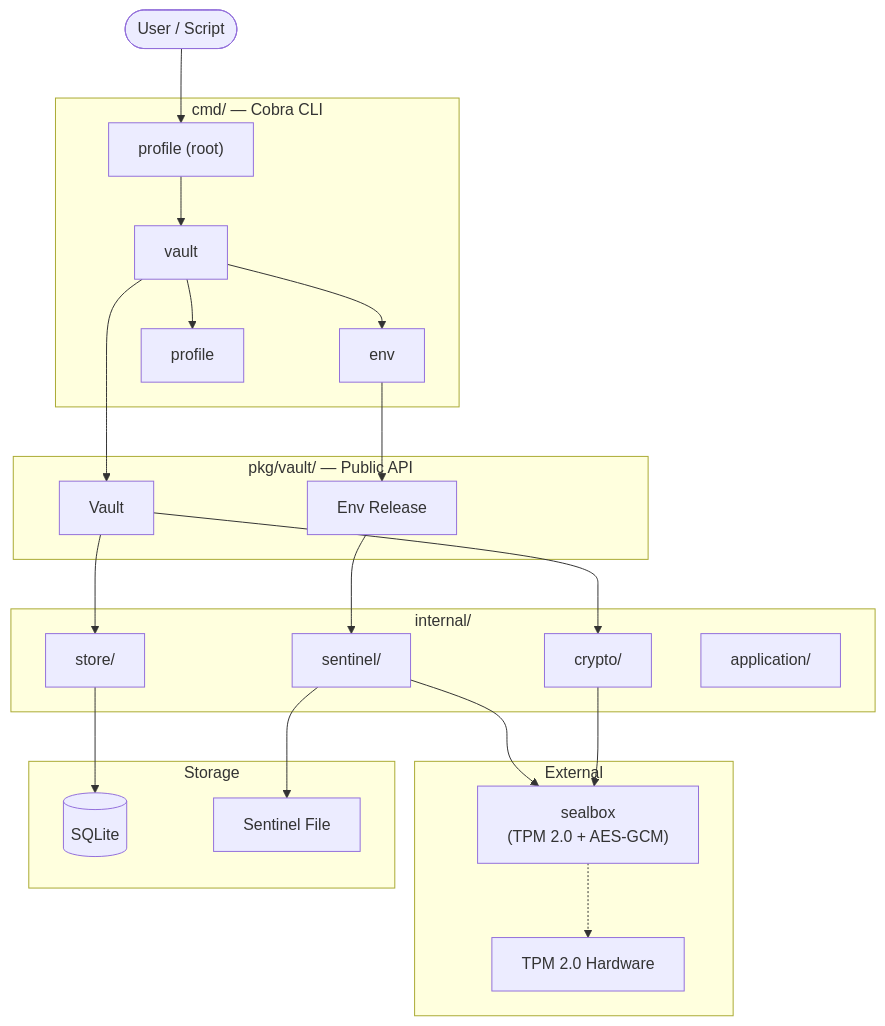
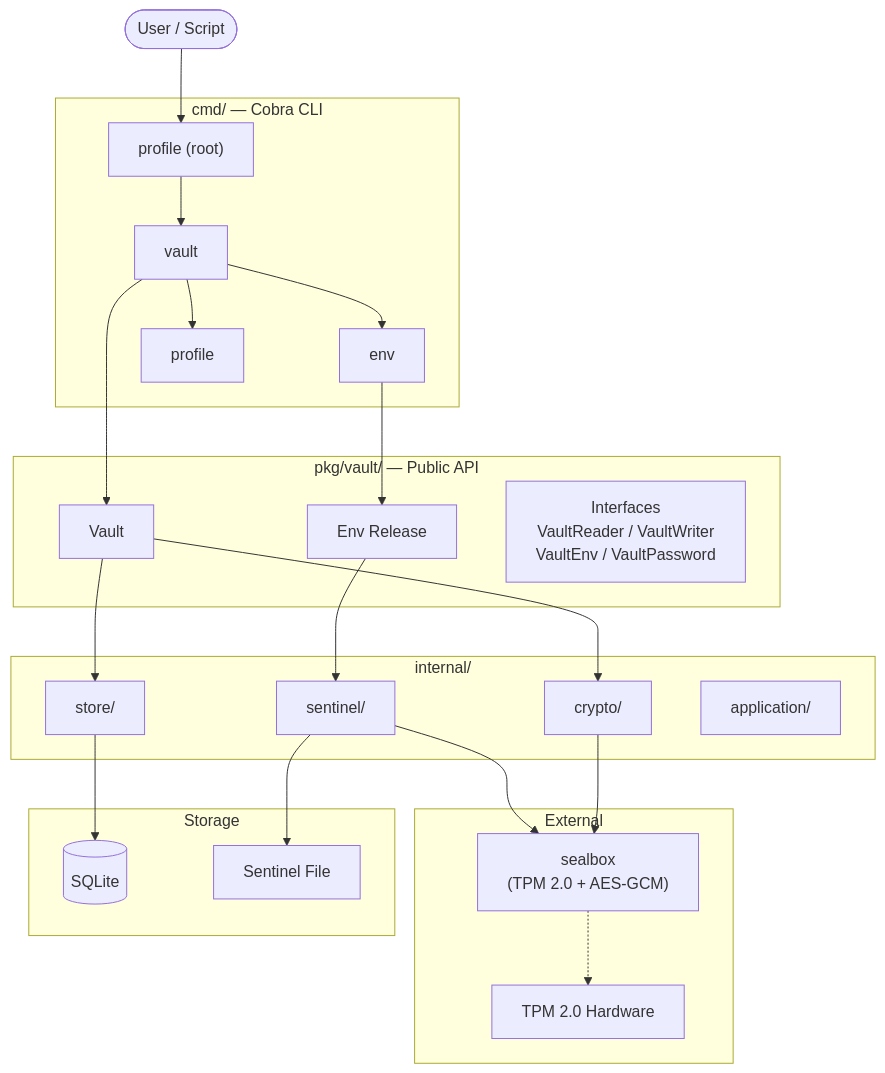
One commit to inovacc/anvil changed the first of 15 diagrams in docs/ARCHITECTURE.md. Above: the diagram before and after it, drawn with Mermaid. The commit also changed 11 other files, not shown here.

First line of the commit message:
refactor: clean pkg/vault public API boundary with interfaces

````diff
--- a/docs/ARCHITECTURE.md
+++ b/docs/ARCHITECTURE.md
@@ -7,48 +7,49 @@
 ```mermaid
 graph TB
     User([User / Script])
 
     subgraph CLI["cmd/ — Cobra CLI"]
         Root["profile (root)"]
         VaultCmd["vault"]
         EnvCmd["env"]
         ProfileCmd["profile"]
     end
 
     subgraph Core["pkg/vault/ — Public API"]
         Vault["Vault"]
         EnvOps["Env Release"]
+        Ifaces["Interfaces<br/>VaultReader / VaultWriter<br/>VaultEnv / VaultPassword"]
     end
 
     subgraph Internal["internal/"]
         Crypto["crypto/"]
         Sentinel["sentinel/"]
         Store["store/"]
         App["application/"]
     end
 
     subgraph External["External"]
         Sealbox["sealbox<br/>(TPM 2.0 + AES-GCM)"]
         TPM["TPM 2.0 Hardware"]
     end
 
     subgraph Storage["Storage"]
         DB[(SQLite)]
         FS["Sentinel File"]
     end
 
     User --> Root
     Root --> VaultCmd
     VaultCmd --> EnvCmd
     VaultCmd --> ProfileCmd
     VaultCmd --> Vault
     EnvCmd --> EnvOps
     Vault --> Crypto
     Vault --> Store
     EnvOps --> Sentinel
     Sentinel --> Sealbox
     Crypto --> Sealbox
     Sealbox -.-> TPM
     Store --> DB
     Sentinel --> FS
 ```
````
